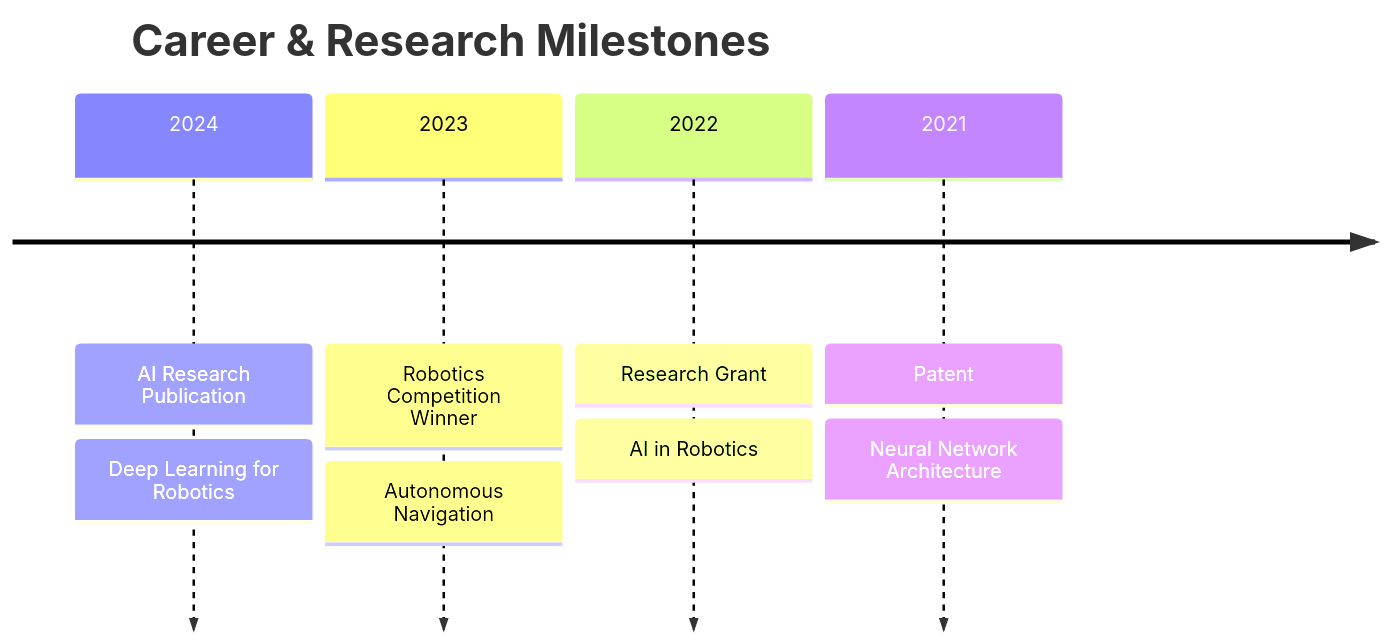
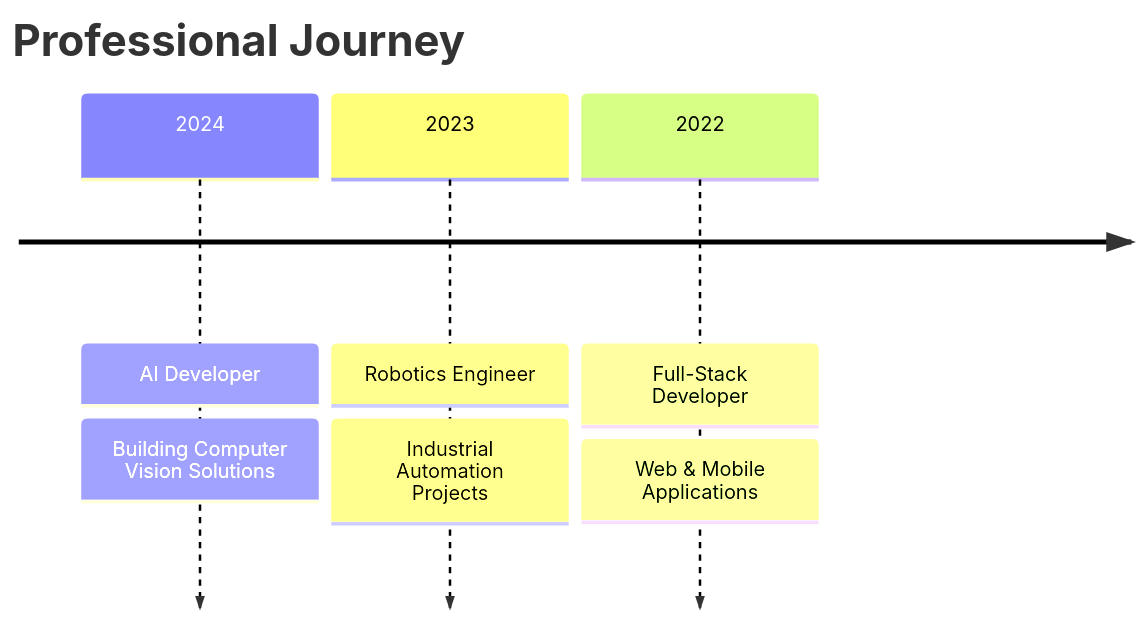
Before and after one commit to mohsallam1/mohsallam1: the second of 2 diagrams in README.md, drawn with Mermaid. The commit also changed other lines of this file, not shown here.

````diff
--- a/README.md
+++ b/README.md
@@ -214,8 +226,7 @@
 ```mermaid
 timeline
-    title Career & Research Milestones
-    2024 : AI Research Publication : Deep Learning for Robotics
-    2023 : Robotics Competition Winner : Autonomous Navigation
-    2022 : Research Grant : AI in Robotics
-    2021 : Patent : Neural Network Architecture
+    title Professional Journey
+    2024 : AI Developer : Building Computer Vision Solutions
+    2023 : Robotics Engineer : Industrial Automation Projects
+    2022 : Full-Stack Developer : Web & Mobile Applications
 ```
````
